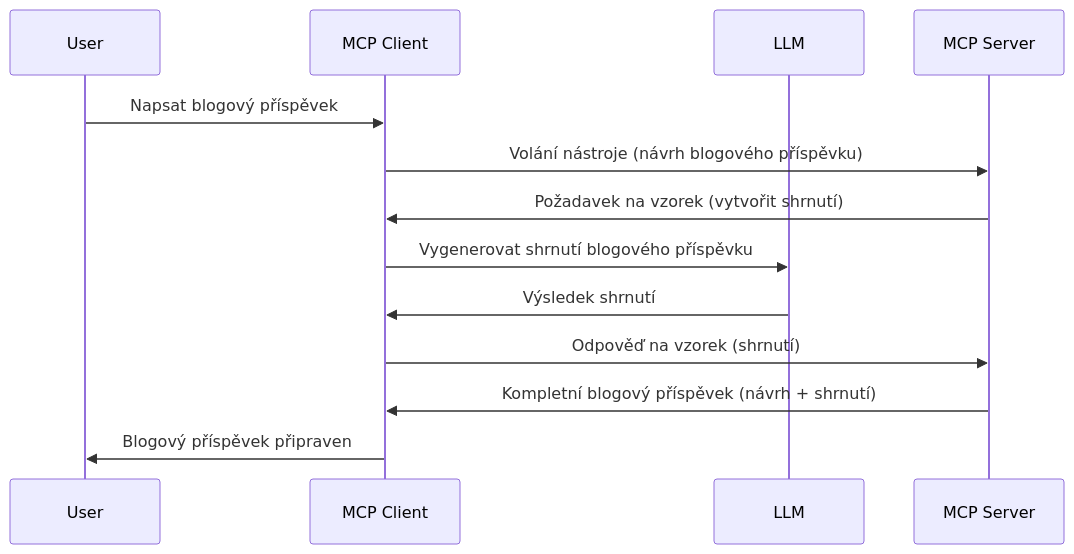
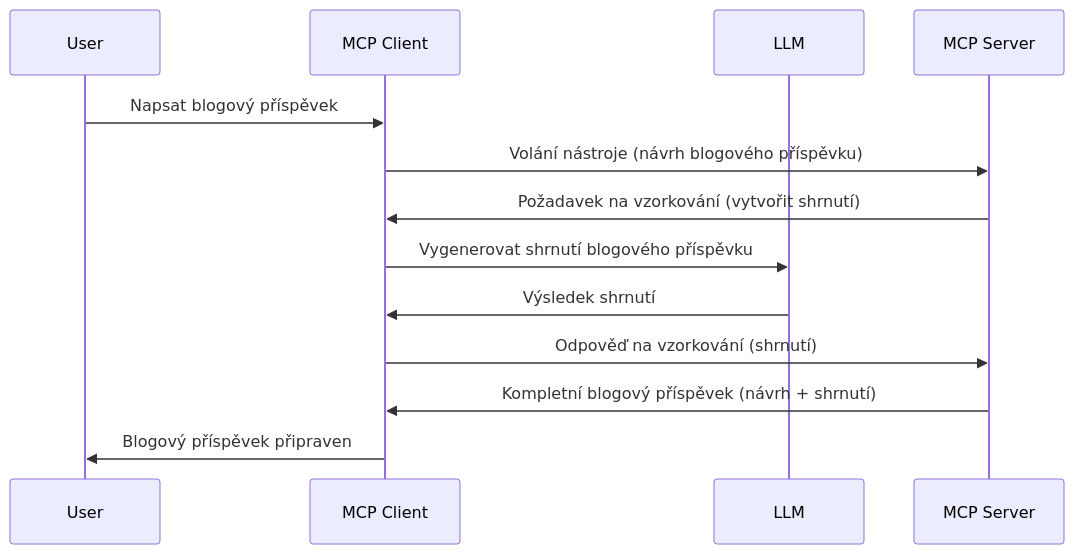
One commit to HIDORAKAI002/ai-workspace-archive changed the diagram in mcp_ecosystem__model_context_protocol/mcp_learning_resources/mcp-for-beginners/translations/cs/03-GettingStarted/14-sampling/README.md. Above: the diagram before and after it, drawn with Mermaid. The commit also changed other lines of this file and 1160 other files, not shown here.

````diff
--- a/mcp_ecosystem__model_context_protocol/mcp_learning_resources/mcp-for-beginners/translations/cs/03-GettingStarted/14-sampling/README.md
+++ b/mcp_ecosystem__model_context_protocol/mcp_learning_resources/mcp-for-beginners/translations/cs/03-GettingStarted/14-sampling/README.md
@@ -23,16 +23,16 @@
 ```mermaid
 sequenceDiagram
     participant User
     participant MCP Client
     participant LLM
     participant MCP Server
 
     User->>MCP Client: Napsat blogový příspěvek
     MCP Client->>MCP Server: Volání nástroje (návrh blogového příspěvku)
-    MCP Server->>MCP Client: Požadavek na vzorek (vytvořit shrnutí)
+    MCP Server->>MCP Client: Požadavek na vzorkování (vytvořit shrnutí)
     MCP Client->>LLM: Vygenerovat shrnutí blogového příspěvku
     LLM->>MCP Client: Výsledek shrnutí
-    MCP Client->>MCP Server: Odpověď na vzorek (shrnutí)
+    MCP Client->>MCP Server: Odpověď na vzorkování (shrnutí)
     MCP Server->>MCP Client: Kompletní blogový příspěvek (návrh + shrnutí)
     MCP Client->>User: Blogový příspěvek připraven
 ```
````
